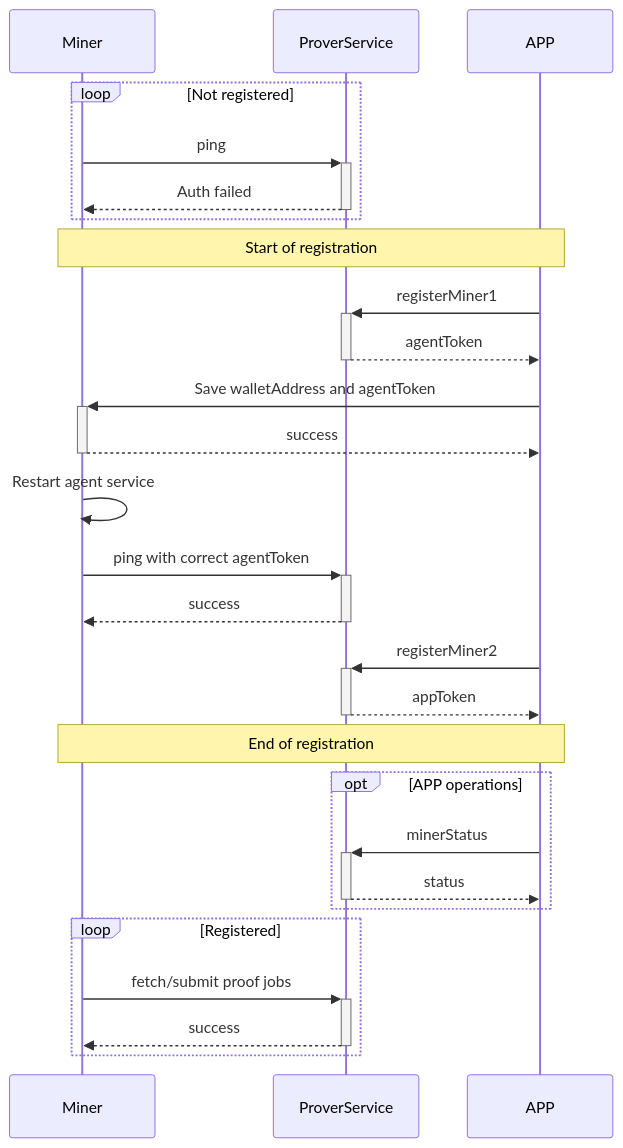
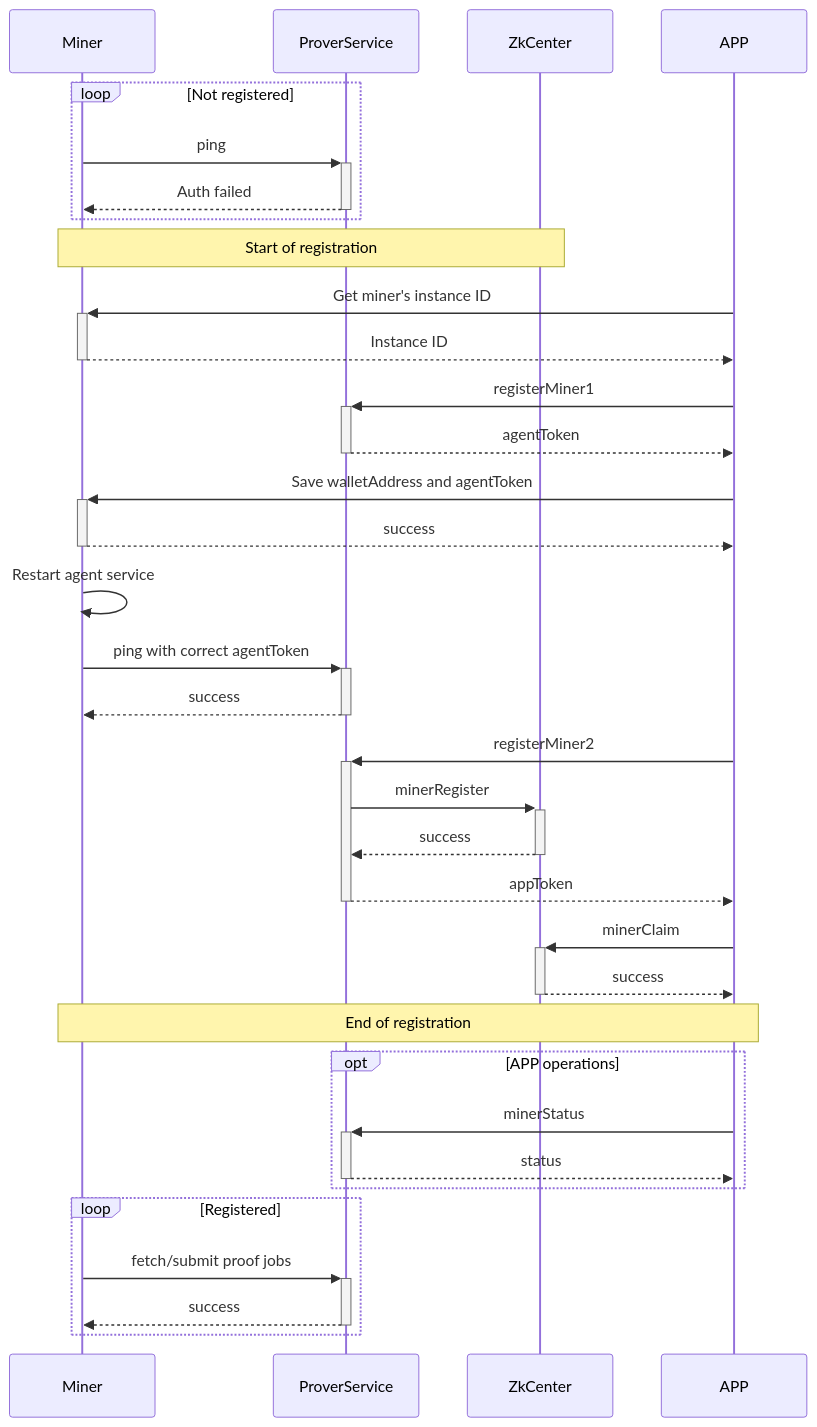
The sixth of 6 diagrams in docs/Moonchain-Design/zk.md (MXCzkEVM/Moonchain-Documentation), drawn with Mermaid before and after one commit. The commit also changed other lines of this file and 4 other files, not shown here.

Commit message:
Update the flow for miner registration and staking.

````diff
--- a/docs/Moonchain-Design/zk.md
+++ b/docs/Moonchain-Design/zk.md
@@ -331,26 +345,32 @@
 ```mermaid
 sequenceDiagram
   loop Not registered
     Miner->>+ProverService: ping
     ProverService-->>-Miner: Auth failed
   end
-  Note over APP,Miner: Start of registration
+  Note over ZkCenter,Miner: Start of registration
+  APP->>+Miner: Get miner's instance ID
+  Miner-->>-APP: Instance ID
   APP->>+ProverService: registerMiner1
   ProverService-->>-APP: agentToken
   APP->>+Miner: Save walletAddress and agentToken
   Miner-->>-APP: success
   Miner->>Miner: Restart agent service
   Miner->>+ProverService: ping with correct agentToken
   ProverService-->>-Miner: success
   APP->>+ProverService: registerMiner2
+  ProverService->>+ZkCenter: minerRegister
+  ZkCenter-->>-ProverService: success
   ProverService-->>-APP: appToken
+  APP->>+ZkCenter: minerClaim
+  ZkCenter-->>-APP: success
   Note over APP,Miner: End of registration
   opt APP operations
     APP->>+ProverService: minerStatus
     ProverService-->>-APP: status  
   end 
   loop Registered
     Miner->>+ProverService: fetch/submit proof jobs
     ProverService-->>-Miner: success
   end 
 ```
````
